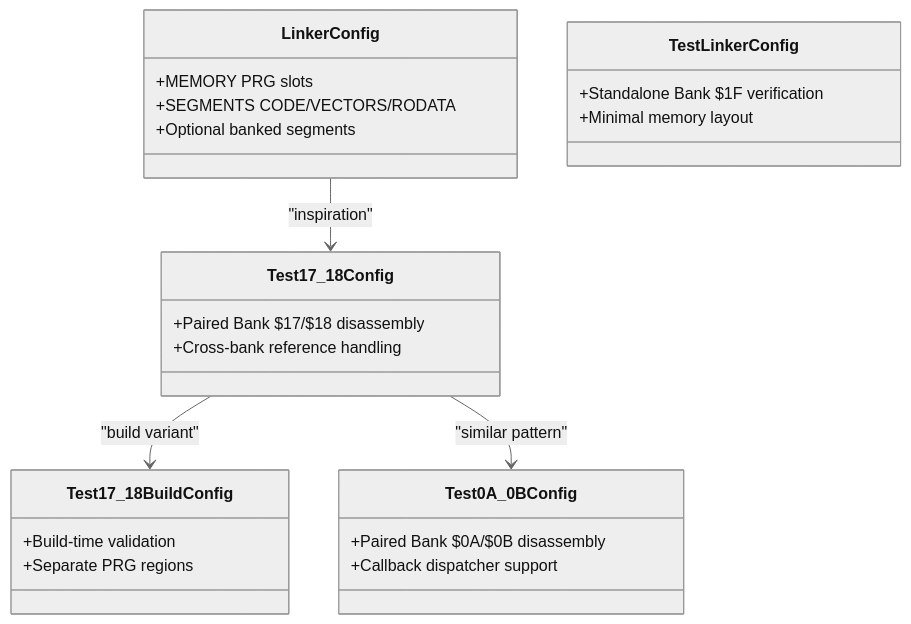
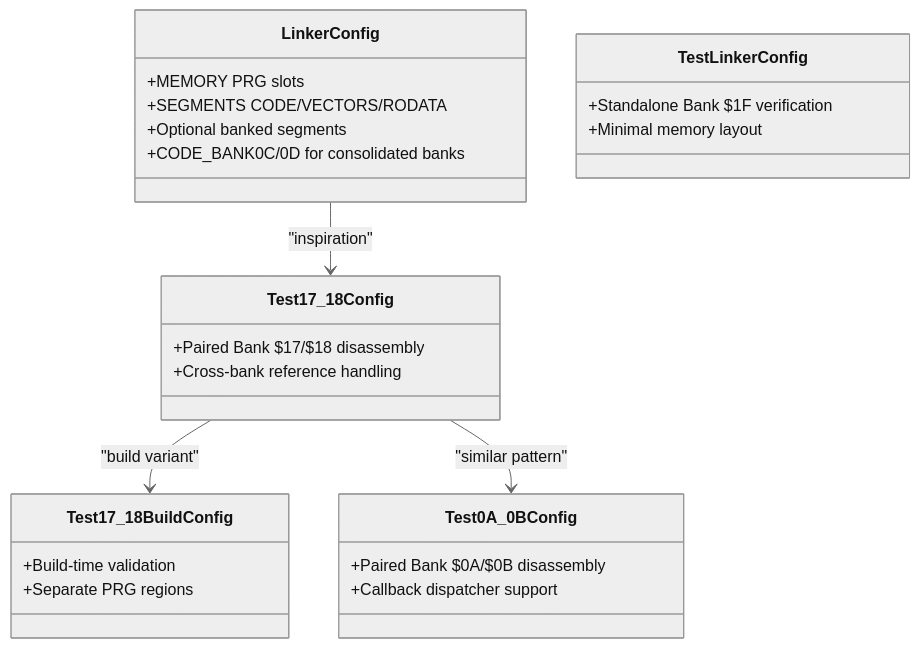
The eighth of 18 diagrams in .qoder/repowiki/en/content/Build System and Tools/Build System and Tools.md (rabbyzero/sango2dasm), drawn with Mermaid (neutral theme) before and after one commit. The commit also changed other lines of this file and 15 other files, not shown here.

````diff
--- a/.qoder/repowiki/en/content/Build System and Tools/Build System and Tools.md
+++ b/.qoder/repowiki/en/content/Build System and Tools/Build System and Tools.md
@@ -842,27 +889,28 @@
 ```mermaid
 classDiagram
 class LinkerConfig {
 +MEMORY PRG slots
 +SEGMENTS CODE/VECTORS/RODATA
 +Optional banked segments
++CODE_BANK0C/0D for consolidated banks
 }
 class TestLinkerConfig {
 +Standalone Bank $1F verification
 +Minimal memory layout
 }
 class Test17_18Config {
 +Paired Bank $17/$18 disassembly
 +Cross-bank reference handling
 }
 class Test17_18BuildConfig {
 +Build-time validation
 +Separate PRG regions
 }
 class Test0A_0BConfig {
 +Paired Bank $0A/$0B disassembly
 +Callback dispatcher support
 }
 LinkerConfig --> Test17_18Config : "inspiration"
 Test17_18Config --> Test17_18BuildConfig : "build variant"
 Test17_18Config --> Test0A_0BConfig : "similar pattern"
 ```
````
